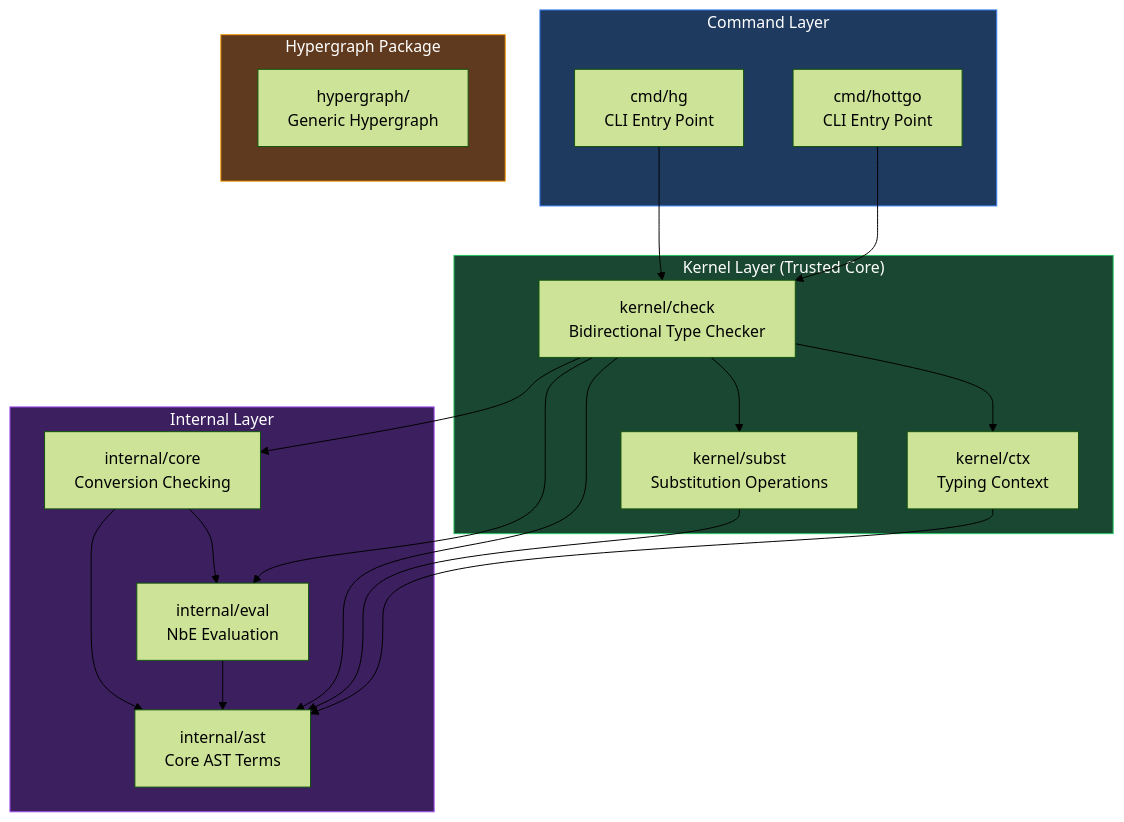
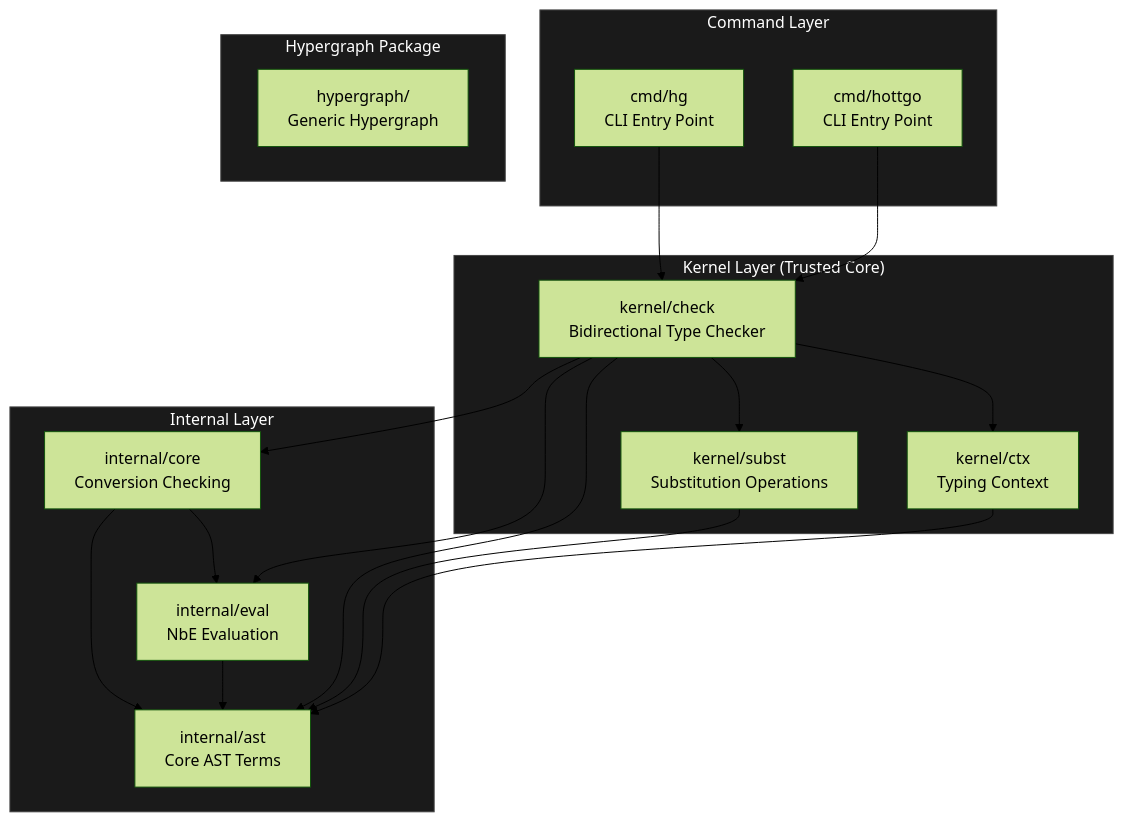
The second of 23 diagrams in DIAGRAMS.md (watchthelight/HypergraphGo), drawn with Mermaid (forest theme) before and after one commit. The commit also changed other lines of this file, not shown here.

First line of the commit message:
docs(diagrams): use uniform dark color scheme

````diff
--- a/DIAGRAMS.md
+++ b/DIAGRAMS.md
@@ -470,45 +470,45 @@
 ```mermaid
 flowchart TB
     subgraph cmd["Command Layer"]
         hg["cmd/hg<br/>CLI Entry Point"]
         hottgo["cmd/hottgo<br/>CLI Entry Point"]
     end
 
     subgraph kernel["Kernel Layer (Trusted Core)"]
         check["kernel/check<br/>Bidirectional Type Checker"]
         ctx["kernel/ctx<br/>Typing Context"]
         subst["kernel/subst<br/>Substitution Operations"]
     end
 
     subgraph internal["Internal Layer"]
         ast["internal/ast<br/>Core AST Terms"]
         eval["internal/eval<br/>NbE Evaluation"]
         core["internal/core<br/>Conversion Checking"]
     end
 
     subgraph hypergraph["Hypergraph Package"]
         hgraph["hypergraph/<br/>Generic Hypergraph"]
     end
 
     hg --> check
     hottgo --> check
 
     check --> ctx
     check --> subst
     check --> ast
     check --> eval
     check --> core
 
     ctx --> ast
     subst --> ast
 
     core --> eval
     core --> ast
 
     eval --> ast
 
-    style kernel fill:#1a4731,stroke:#22c55e,color:#fff
-    style internal fill:#3b1f5f,stroke:#a855f7,color:#fff
-    style cmd fill:#1e3a5f,stroke:#3b82f6,color:#fff
-    style hypergraph fill:#5f3a1e,stroke:#f59e0b,color:#fff
+    style kernel fill:#1a1a1a,stroke:#444,color:#fff
+    style internal fill:#1a1a1a,stroke:#444,color:#fff
+    style cmd fill:#1a1a1a,stroke:#444,color:#fff
+    style hypergraph fill:#1a1a1a,stroke:#444,color:#fff
 ```
````
